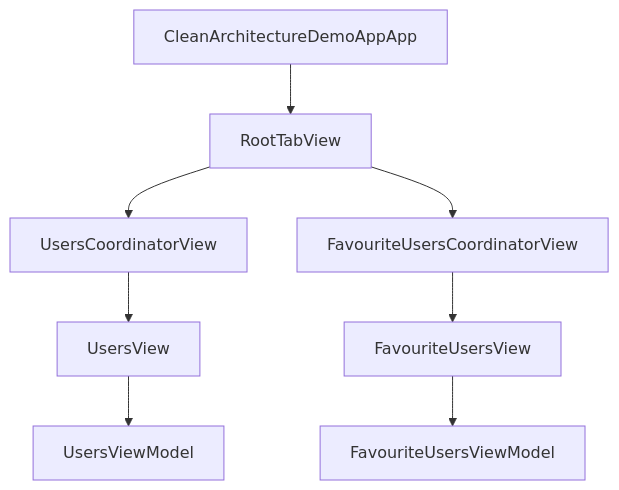
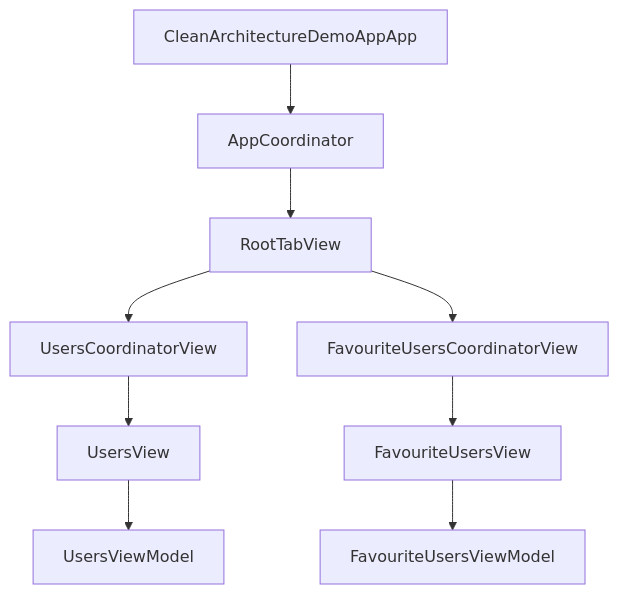
One commit to Akib11/swiftui-clean-architecture-demo changed the second of 2 diagrams in README.md. Above: the diagram before and after it, drawn with Mermaid. The commit also changed other lines of this file and 11 other files, not shown here.

Commit message:
test(clean): add unit tests for users feature and use case architecture.

````diff
--- a/README.md
+++ b/README.md
@@ -70,10 +48,14 @@
 ```mermaid
 flowchart TD
-    A[CleanArchitectureDemoAppApp] --> B[RootTabView]
-    B --> C[UsersCoordinatorView]
-    B --> D[FavouriteUsersCoordinatorView]
-    C --> E[UsersView]
-    E --> F[UsersViewModel]
-    D --> G[FavouriteUsersView]
-    G --> H[FavouriteUsersViewModel]
+    A[CleanArchitectureDemoAppApp] --> B[AppCoordinator]
+    B --> C[RootTabView]
+
+    C --> D[UsersCoordinatorView]
+    C --> E[FavouriteUsersCoordinatorView]
+
+    D --> F[UsersView]
+    F --> G[UsersViewModel]
+
+    E --> H[FavouriteUsersView]
+    H --> I[FavouriteUsersViewModel]
 ```
````
